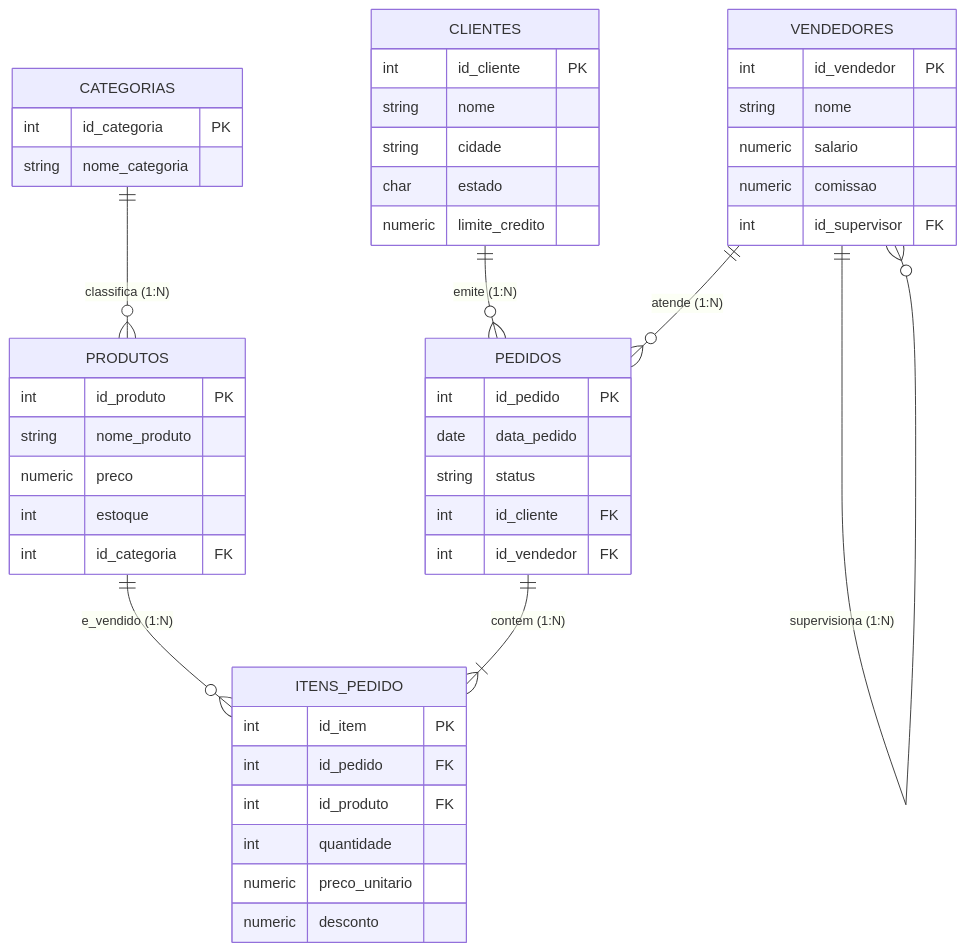
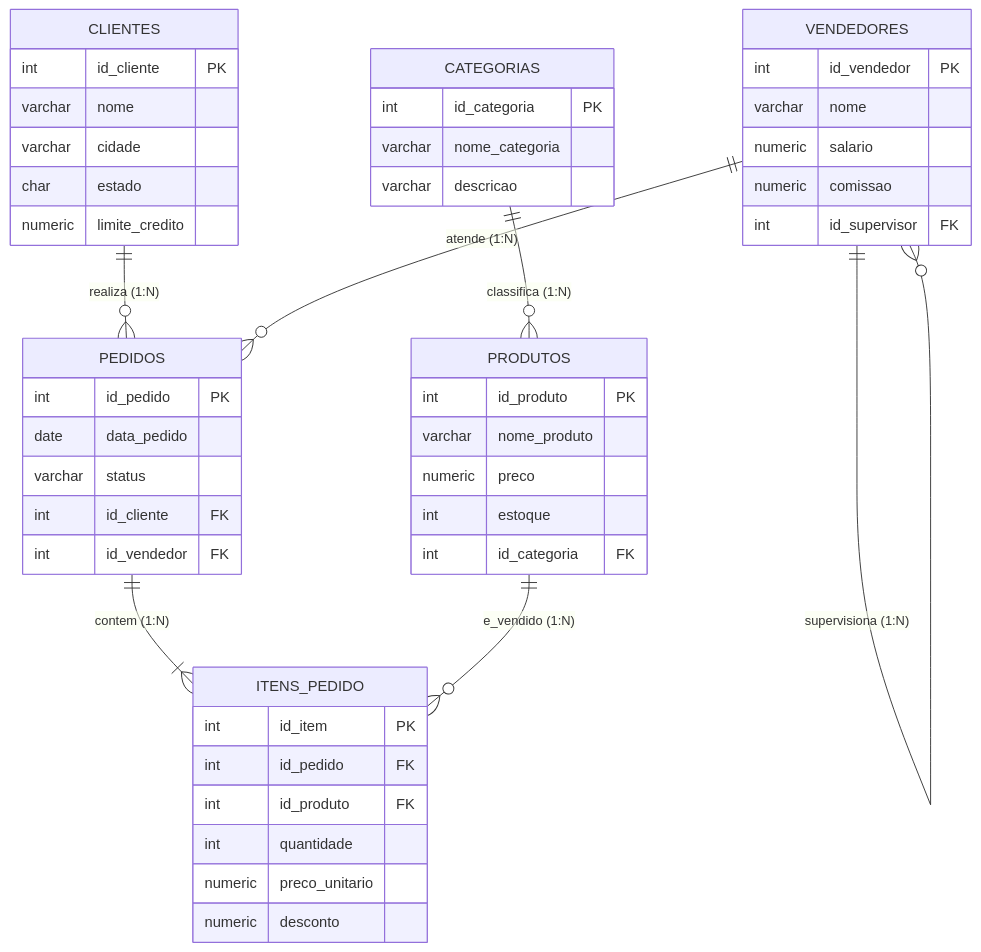
The second of 10 diagrams in 4º Semestre/[Prof. Welington Garcia] Tópicos Avançados em Banco de Dados/Resumos-IA/Caderno-Consolidado.md (murilolol/unifef), drawn with Mermaid before and after one commit. The commit also changed other lines of this file and 40 other files, not shown here.

````diff
--- a/4º Semestre/[Prof. Welington Garcia] Tópicos Avançados em Banco de Dados/Resumos-IA/Caderno-Consolidado.md
+++ b/4º Semestre/[Prof. Welington Garcia] Tópicos Avançados em Banco de Dados/Resumos-IA/Caderno-Consolidado.md
@@ -170,50 +125,51 @@
 ```mermaid
 erDiagram
-  CLIENTES ||--o{ PEDIDOS : "emite (1:N)"
+  CLIENTES ||--o{ PEDIDOS : "realiza (1:N)"
+  PEDIDOS ||--|{ ITENS_PEDIDO : "contem (1:N)"
+  PRODUTOS ||--o{ ITENS_PEDIDO : "e_vendido (1:N)"
+  CATEGORIAS ||--o{ PRODUTOS : "classifica (1:N)"
   VENDEDORES ||--o{ PEDIDOS : "atende (1:N)"
   VENDEDORES ||--o{ VENDEDORES : "supervisiona (1:N)"
-  CATEGORIAS ||--o{ PRODUTOS : "classifica (1:N)"
-  PRODUTOS ||--o{ ITENS_PEDIDO : "e_vendido (1:N)"
-  PEDIDOS ||--|{ ITENS_PEDIDO : "contem (1:N)"
 
   CLIENTES {
     int id_cliente PK
-    string nome
-    string cidade
+    varchar nome
+    varchar cidade
     char estado
     numeric limite_credito
-  }
-  VENDEDORES {
-    int id_vendedor PK
-    string nome
-    numeric salario
-    numeric comissao
-    int id_supervisor FK
-  }
-  CATEGORIAS {
-    int id_categoria PK
-    string nome_categoria
-  }
-  PRODUTOS {
-    int id_produto PK
-    string nome_produto
-    numeric preco
-    int estoque
-    int id_categoria FK
   }
   PEDIDOS {
     int id_pedido PK
     date data_pedido
-    string status
+    varchar status
     int id_cliente FK
     int id_vendedor FK
   }
   ITENS_PEDIDO {
     int id_item PK
     int id_pedido FK
     int id_produto FK
     int quantidade
     numeric preco_unitario
     numeric desconto
   }
+  PRODUTOS {
+    int id_produto PK
+    varchar nome_produto
+    numeric preco
+    int estoque
+    int id_categoria FK
+  }
+  CATEGORIAS {
+    int id_categoria PK
+    varchar nome_categoria
+    varchar descricao
+  }
+  VENDEDORES {
+    int id_vendedor PK
+    varchar nome
+    numeric salario
+    numeric comissao
+    int id_supervisor FK
+  }
 ```
````
